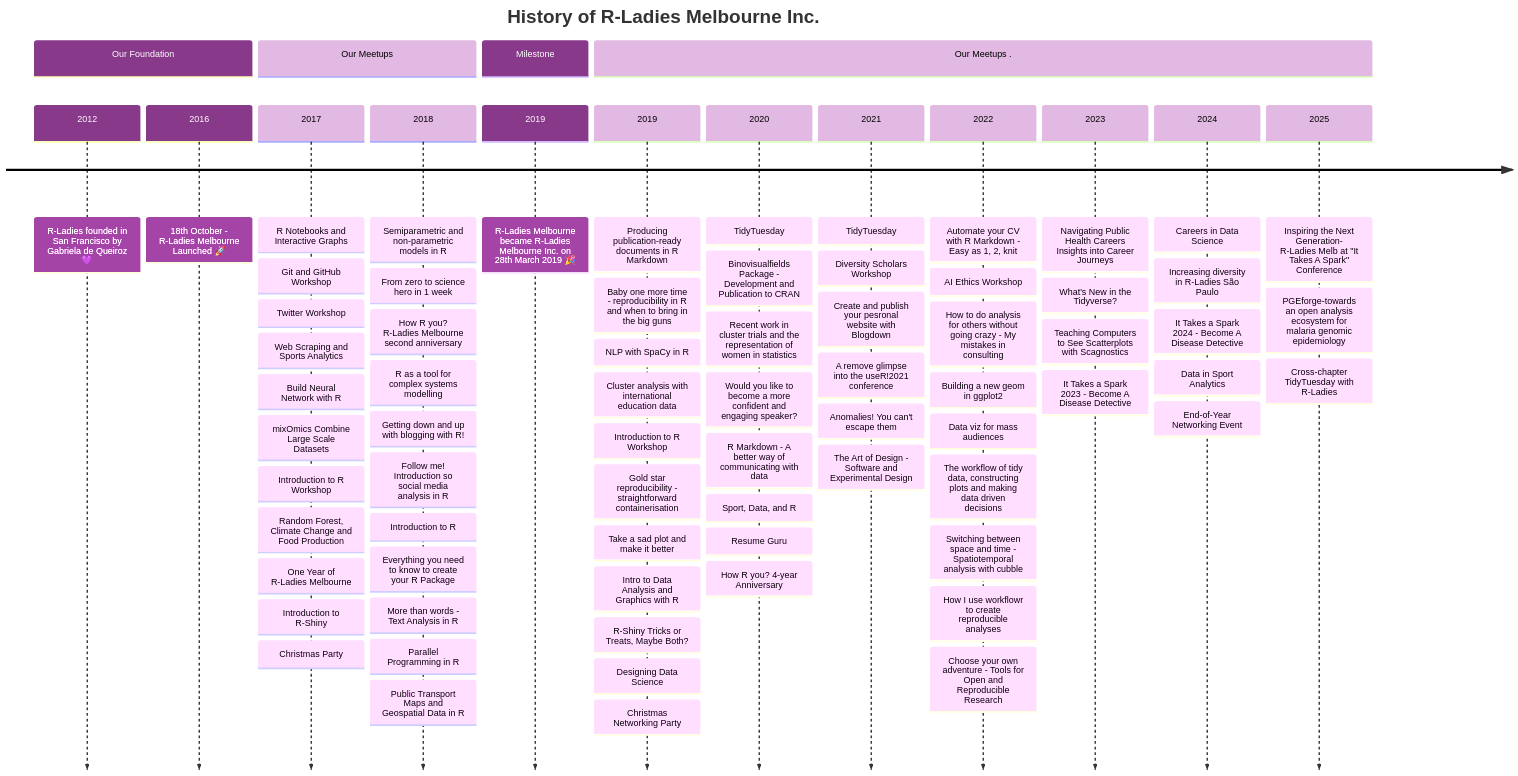
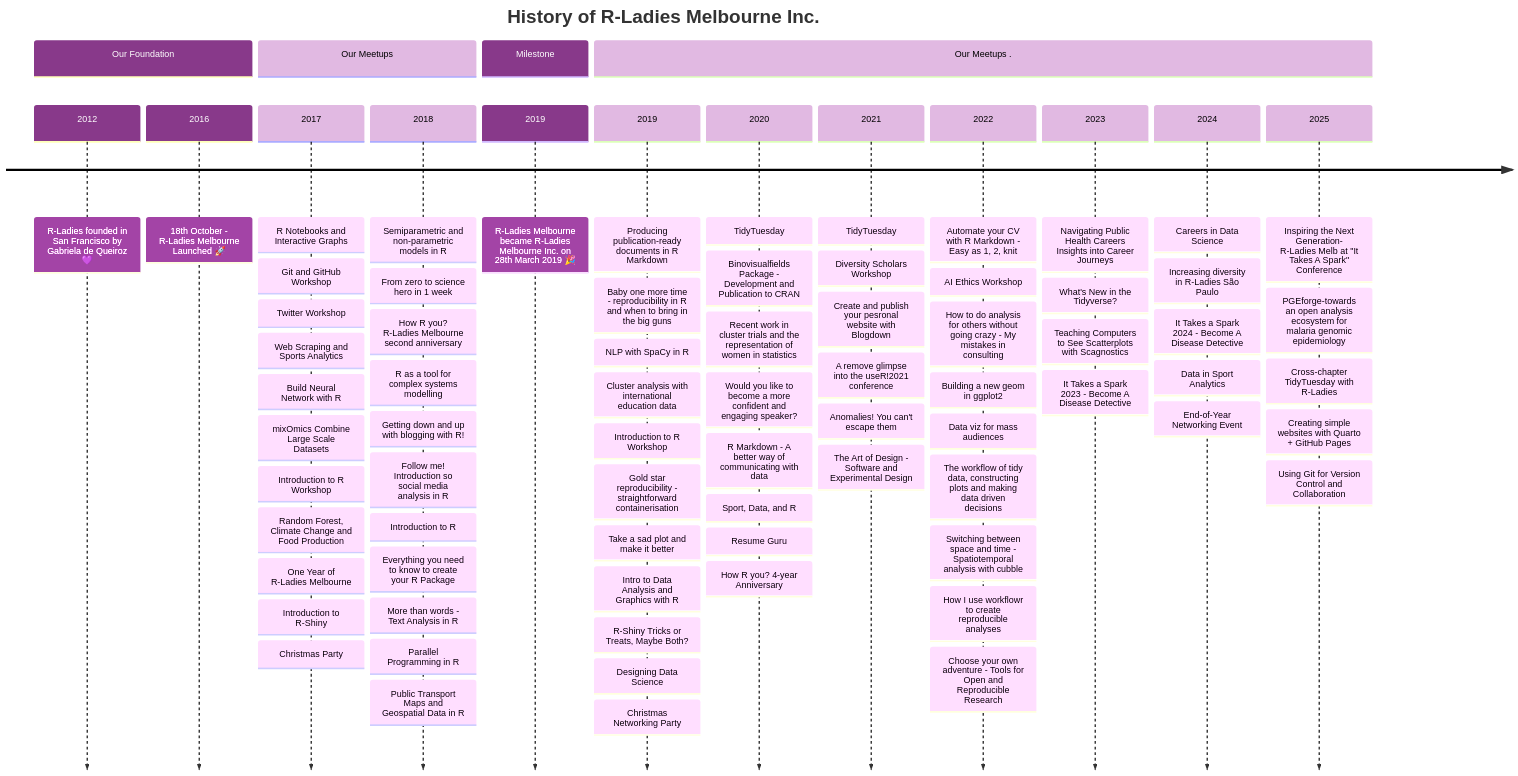
Before and after one commit to R-LadiesMelbourne/r-ladiesmelbourne.github.io: the diagram in timeline.qmd, drawn with Mermaid. The commit also changed other lines of this file and 10 other files, not shown here.

Commit message:
Added recent event blog posts and updated timeline with new events in 2025

````diff
--- a/timeline.qmd
+++ b/timeline.qmd
@@ -93,4 +93,6 @@
     2025 : Inspiring the Next Generation- R-Ladies Melb at "It Takes A Spark" Conference
          : PGEforge-towards an open analysis ecosystem for malaria genomic epidemiology
          : Cross-chapter TidyTuesday with R-Ladies
+         : Creating simple websites with Quarto + GitHub Pages
+         : Using Git for Version Control and Collaboration
 ```
````
